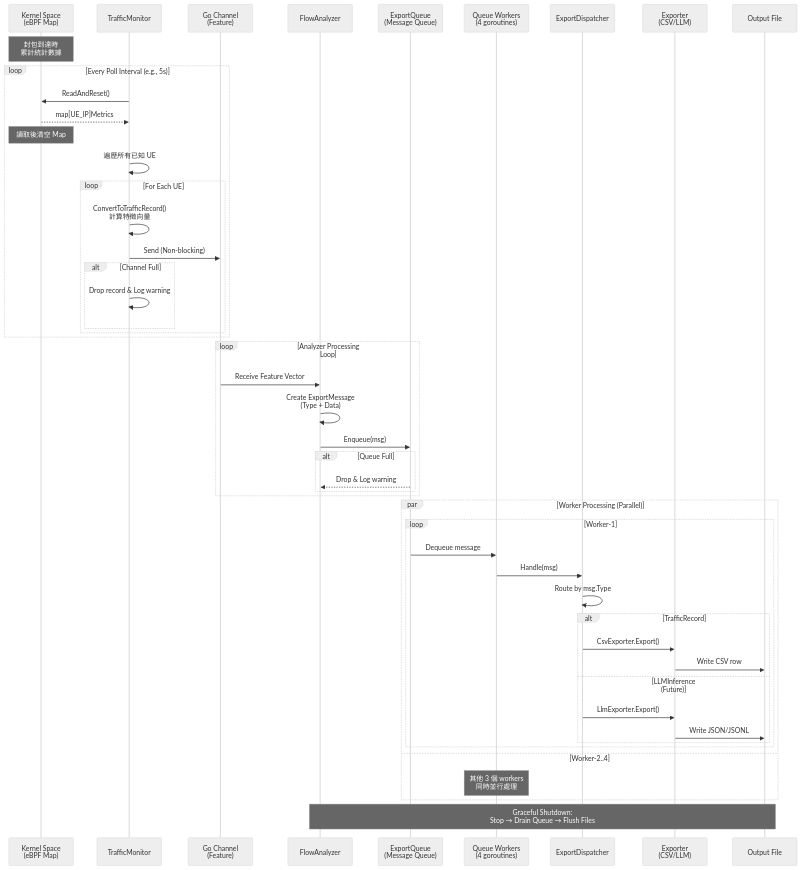
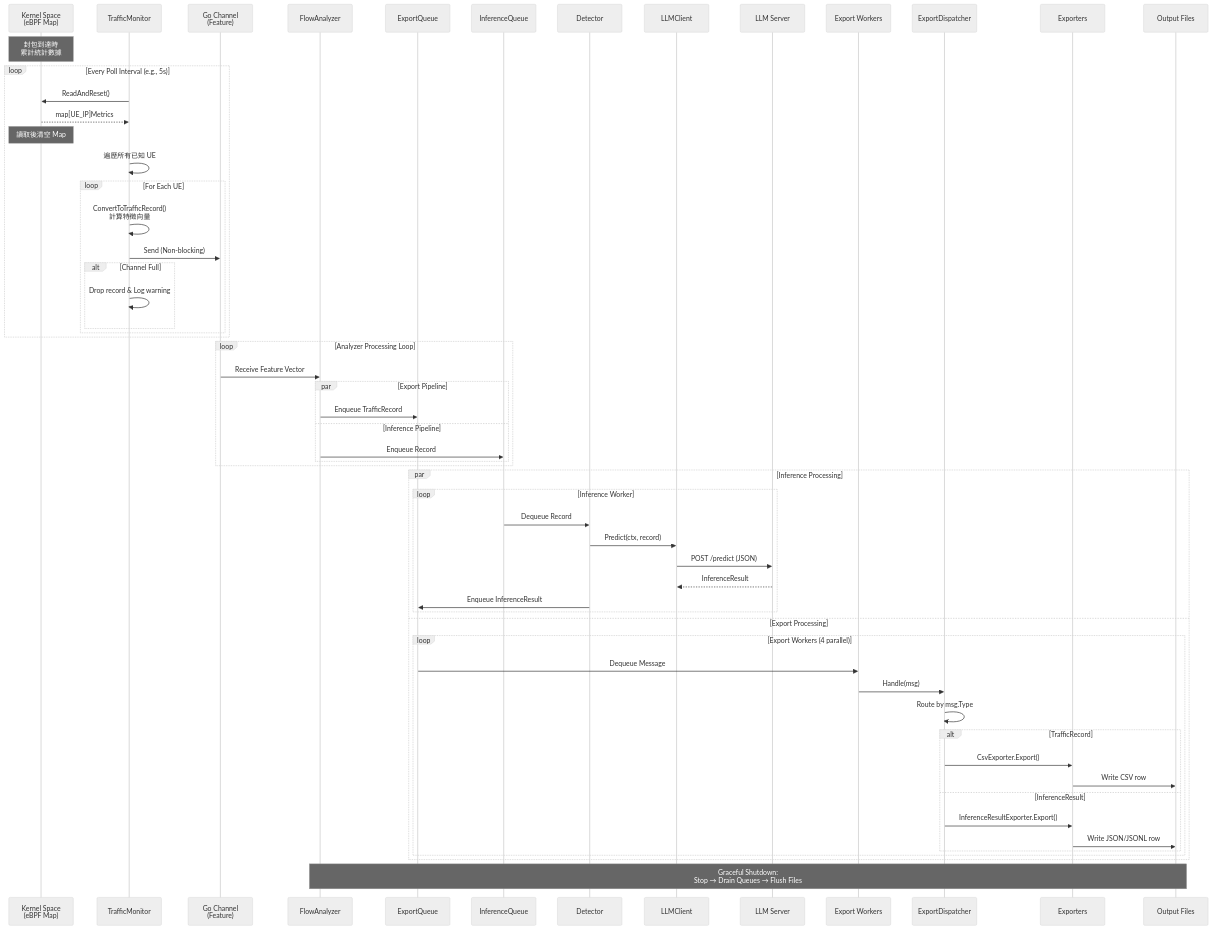
One commit to ian-cs12-NYCU/AnLF changed the second of 8 diagrams in docs/architecture.md. Above: the diagram before and after it, drawn with Mermaid. The commit also changed other lines of this file, not shown here.

Commit message:
doc: update system architecture graph

````diff
--- a/docs/architecture.md
+++ b/docs/architecture.md
@@ -74,62 +92,72 @@
 ```mermaid
 %%{init: {'theme':'neutral'}}%%
 sequenceDiagram
     participant K as Kernel Space<br/>(eBPF Map)
     participant M as TrafficMonitor
     participant C as Go Channel<br/>(Feature)
     participant A as FlowAnalyzer
-    participant Q as ExportQueue<br/>(Message Queue)
-    participant W as Queue Workers<br/>(4 goroutines)
-    participant D as ExportDispatcher
-    participant E as Exporter<br/>(CSV/LLM)
-    participant F as Output File
+    participant EQ as ExportQueue
+    participant IQ as InferenceQueue
+    participant D as Detector
+    participant LC as LLMClient
+    participant LS as LLM Server
+    participant EW as Export Workers
+    participant ED as ExportDispatcher
+    participant E as Exporters
+    participant F as Output Files
     
     Note over K: 封包到達時<br/>累計統計數據
     
     loop Every Poll Interval (e.g., 5s)
         M->>K: ReadAndReset()
         K-->>M: map[UE_IP]Metrics
         Note over K: 讀取後清空 Map
         
         M->>M: 遍歷所有已知 UE
         
         loop For Each UE
             M->>M: ConvertToTrafficRecord()<br/>計算特徵向量
             M->>C: Send (Non-blocking)
             
             alt Channel Full
                 M->>M: Drop record & Log warning
             end
         end
     end
     
     loop Analyzer Processing Loop
         C->>A: Receive Feature Vector
-        A->>A: Create ExportMessage<br/>(Type + Data)
-        A->>Q: Enqueue(msg)
         
-        alt Queue Full
-            Q-->>A: Drop & Log warning
+        par Export Pipeline
+            A->>EQ: Enqueue TrafficRecord
+        and Inference Pipeline
+            A->>IQ: Enqueue Record
         end
     end
     
-    par Worker Processing (Parallel)
-        loop Worker-1
-            Q->>W: Dequeue message
-            W->>D: Handle(msg)
-            D->>D: Route by msg.Type
+    par Inference Processing
+        loop Inference Worker
+            IQ->>D: Dequeue Record
+            D->>LC: Predict(ctx, record)
+            LC->>LS: POST /predict (JSON)
+            LS-->>LC: InferenceResult
+            D->>EQ: Enqueue InferenceResult
+        end
+    and Export Processing
+        loop Export Workers (4 parallel)
+            EQ->>EW: Dequeue Message
+            EW->>ED: Handle(msg)
+            ED->>ED: Route by msg.Type
             
             alt TrafficRecord
-                D->>E: CsvExporter.Export()
+                ED->>E: CsvExporter.Export()
                 E->>F: Write CSV row
-            else LLMInference (Future)
-                D->>E: LlmExporter.Export()
-                E->>F: Write JSON/JSONL
+            else InferenceResult
+                ED->>E: InferenceResultExporter.Export()
+                E->>F: Write JSON/JSONL row
             end
         end
-    and Worker-2..4
-        Note over W: 其他 3 個 workers<br/>同時並行處理
     end
     
-    Note over A,F: Graceful Shutdown:<br/>Stop → Drain Queue → Flush Files
+    Note over A,F: Graceful Shutdown:<br/>Stop → Drain Queues → Flush Files
 ```
````
